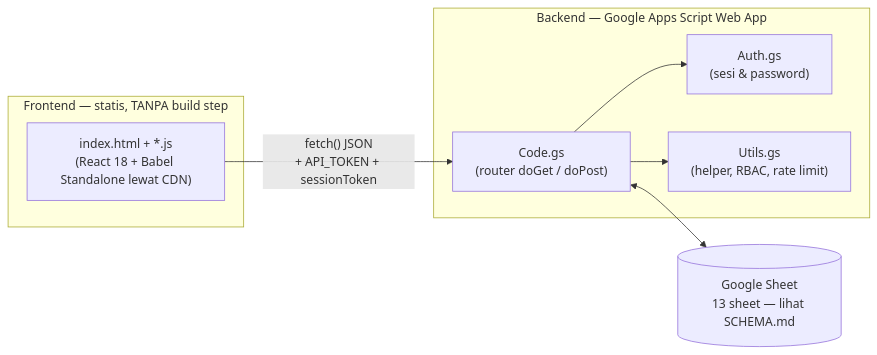
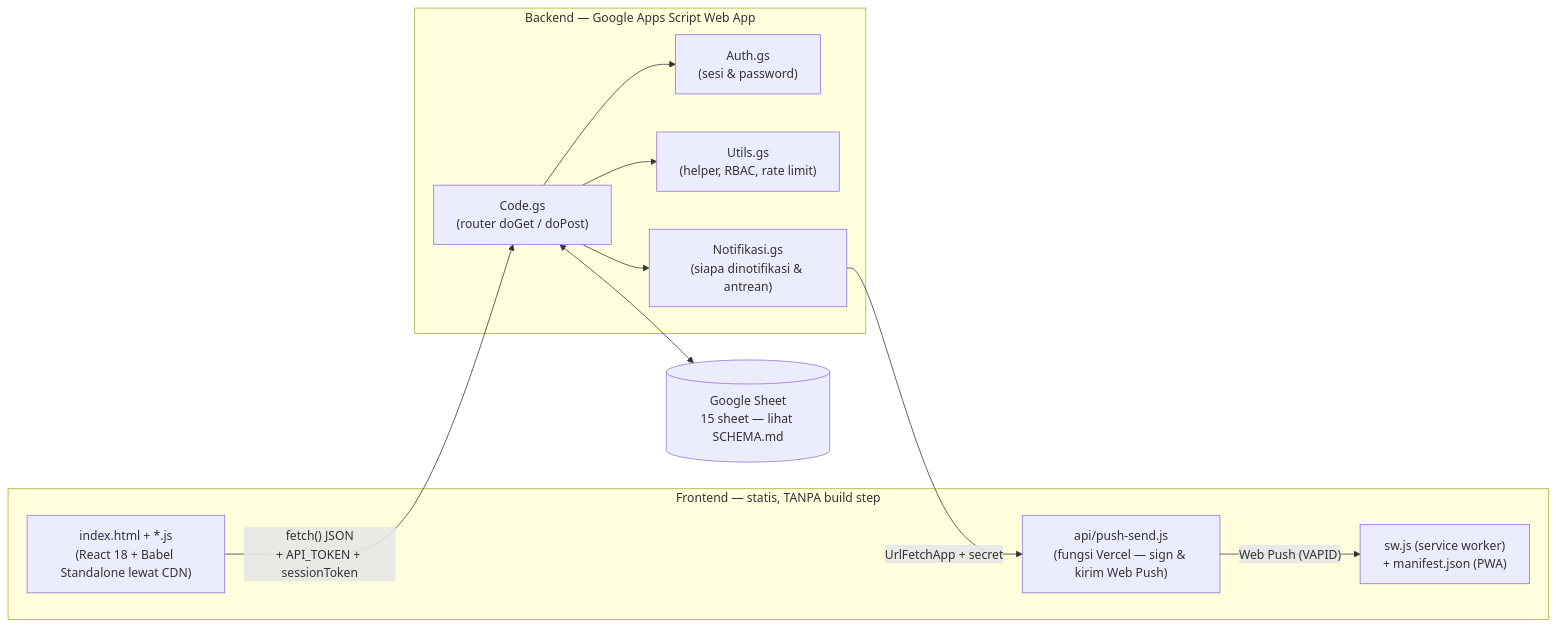
One commit to akunsyarif-rgb/Sigap-app changed the diagram in README.md. Above: the diagram before and after it, drawn with Mermaid. The commit also changed other lines of this file and 36 other files, not shown here.

````diff
--- a/README.md
+++ b/README.md
@@ -24,17 +24,23 @@
 ```mermaid
 flowchart LR
     subgraph FE["Frontend — statis, TANPA build step"]
         A["index.html + *.js<br/>(React 18 + Babel Standalone lewat CDN)"]
+        SW["sw.js (service worker)<br/>+ manifest.json (PWA)"]
+        R["api/push-send.js<br/>(fungsi Vercel — sign & kirim Web Push)"]
     end
     subgraph BE["Backend — Google Apps Script Web App"]
         B["Code.gs<br/>(router doGet / doPost)"]
         C["Auth.gs<br/>(sesi & password)"]
         D["Utils.gs<br/>(helper, RBAC, rate limit)"]
+        N["Notifikasi.gs<br/>(siapa dinotifikasi & antrean)"]
     end
-    E[("Google Sheet<br/>13 sheet — lihat SCHEMA.md")]
+    E[("Google Sheet<br/>15 sheet — lihat SCHEMA.md")]
 
     A -- "fetch() JSON<br/>+ API_TOKEN + sessionToken" --> B
     B --> C
     B --> D
+    B --> N
     B <--> E
+    N -- "UrlFetchApp + secret" --> R
+    R -- "Web Push (VAPID)" --> SW
 ```
````
